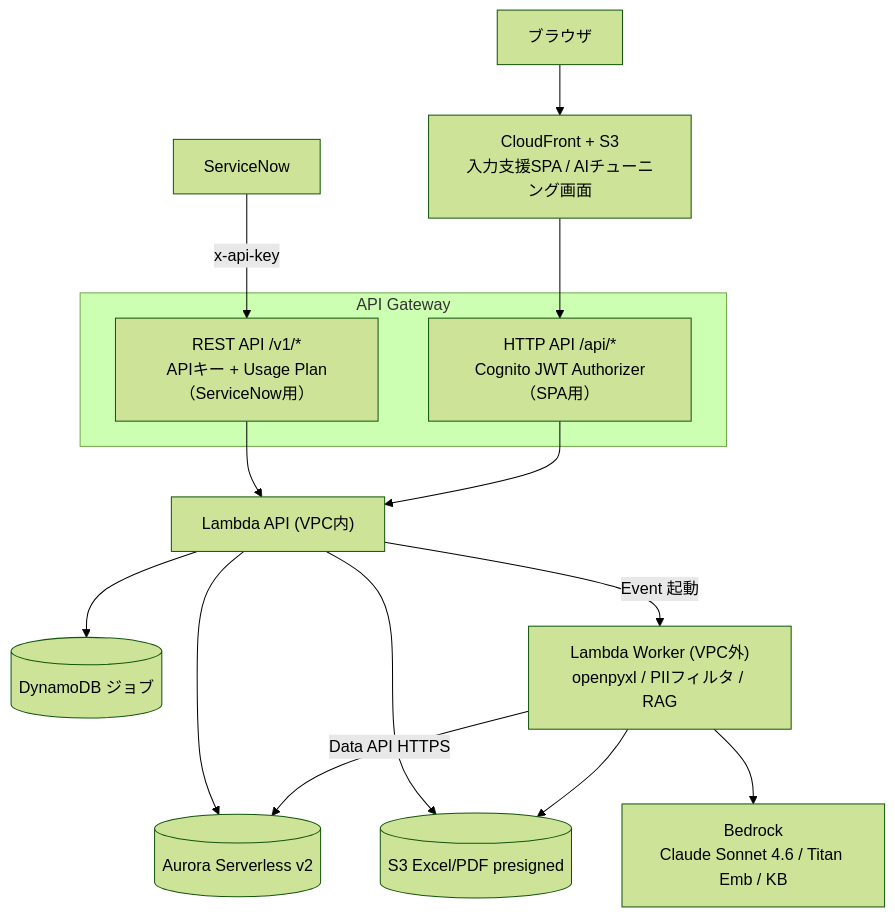
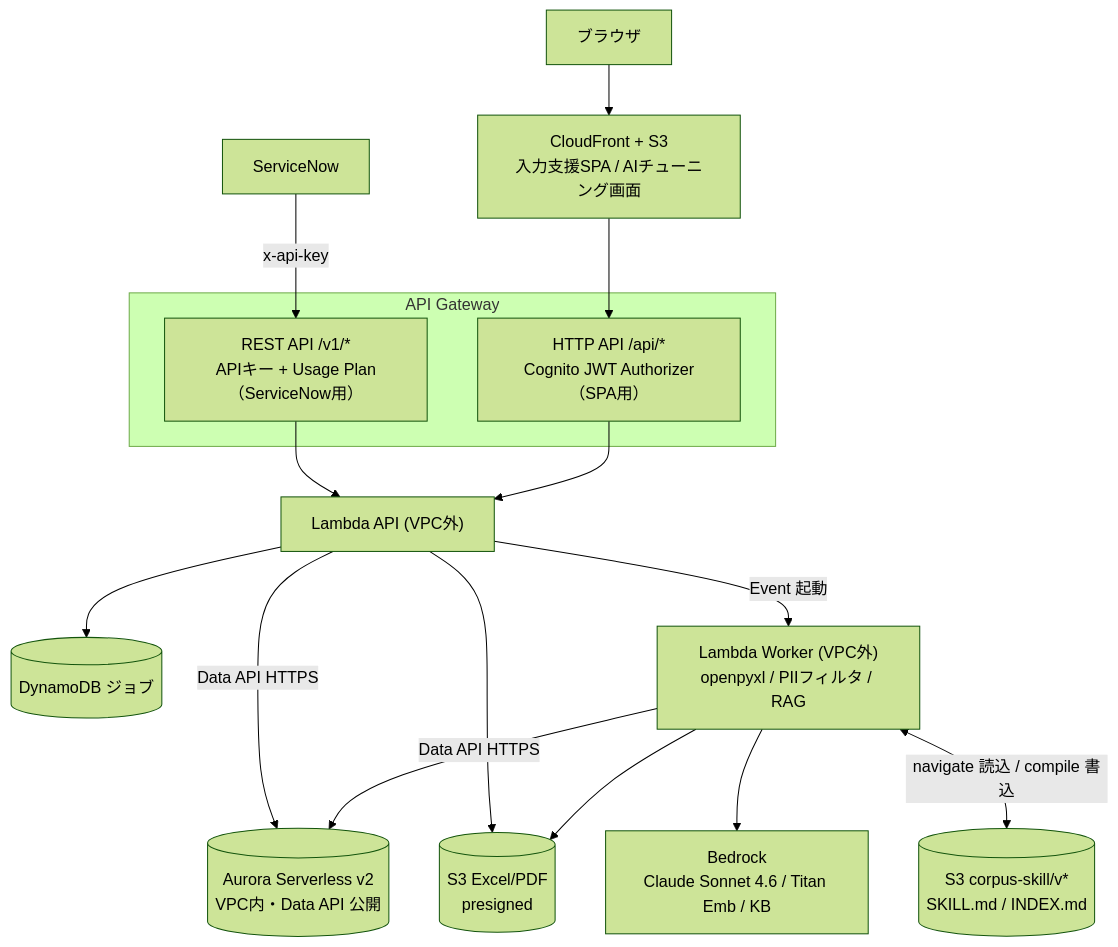
Before and after one commit to suepie/aws-rag-poc: the diagram in doc/design/infrastructure.md, drawn with Mermaid (forest theme). The commit also changed other lines of this file and 34 other files, not shown here.

````diff
--- a/doc/design/infrastructure.md
+++ b/doc/design/infrastructure.md
@@ -7,21 +7,22 @@
 ```mermaid
 flowchart TB
     SN[ServiceNow] -->|x-api-key| REST
     USER[ブラウザ] --> CF
     subgraph APIGW[API Gateway]
         REST["REST API /v1/*<br/>APIキー + Usage Plan（ServiceNow用）"]
         HTTP["HTTP API /api/*<br/>Cognito JWT Authorizer（SPA用）"]
     end
     CF[CloudFront + S3<br/>入力支援SPA / AIチューニング画面] --> HTTP
     REST --> API
     HTTP --> API
-    API["Lambda API (VPC内)"]
+    API["Lambda API (VPC外)"]
     API --> DDB[(DynamoDB ジョブ)]
-    API --> AUR[(Aurora Serverless v2)]
-    API --> S3[(S3 Excel/PDF presigned)]
+    API -->|Data API HTTPS| AUR[(Aurora Serverless v2<br/>VPC内・Data API 公開)]
+    API --> S3X[(S3 Excel/PDF<br/>presigned)]
     API -->|Event 起動| W
     W["Lambda Worker (VPC外)<br/>openpyxl / PIIフィルタ / RAG"]
     W --> BR[Bedrock<br/>Claude Sonnet 4.6 / Titan Emb / KB]
     W -->|Data API HTTPS| AUR
-    W --> S3
+    W --> S3X
+    W <-->|navigate 読込 / compile 書込| S3C[(S3 corpus-skill/v*<br/>SKILL.md / INDEX.md)]
 ```
````
